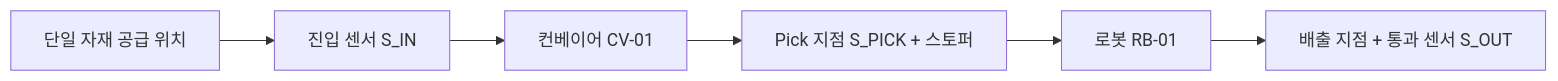
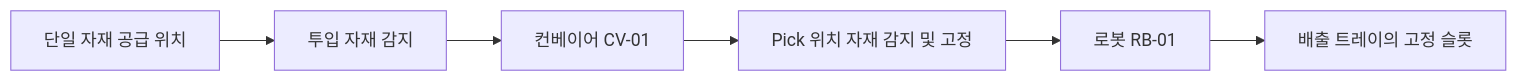
Before and after one commit to dev-kibeom/sftwin-arm-cell: the diagram in docs/design/cells/conveyor-pnp-poc/cell-definition.md, drawn with Mermaid. The commit also changed other lines of this file and 2 other files, not shown here.

````diff
--- a/docs/design/cells/conveyor-pnp-poc/cell-definition.md
+++ b/docs/design/cells/conveyor-pnp-poc/cell-definition.md
@@ -31,8 +31,8 @@
 ```mermaid
 flowchart LR
-    F[단일 자재 공급 위치] --> SI[진입 센서 S_IN]
+    F[단일 자재 공급 위치] --> SI[투입 자재 감지]
     SI --> CV[컨베이어 CV-01]
-    CV --> SP[Pick 지점 S_PICK + 스토퍼]
+    CV --> SP[Pick 위치 자재 감지 및 고정]
     SP --> RB[로봇 RB-01]
-    RB --> OUT[배출 지점 + 통과 센서 S_OUT]
+    RB --> OUT[배출 트레이의 고정 슬롯]
 ```
````
